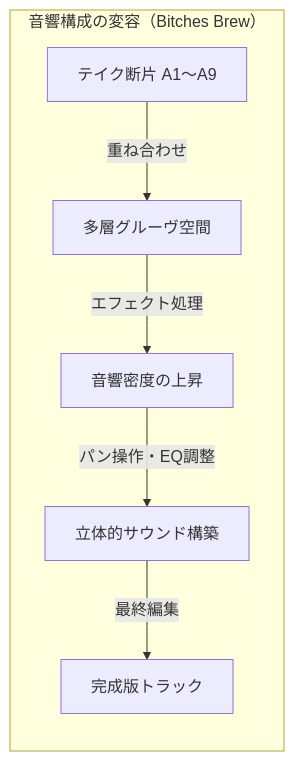
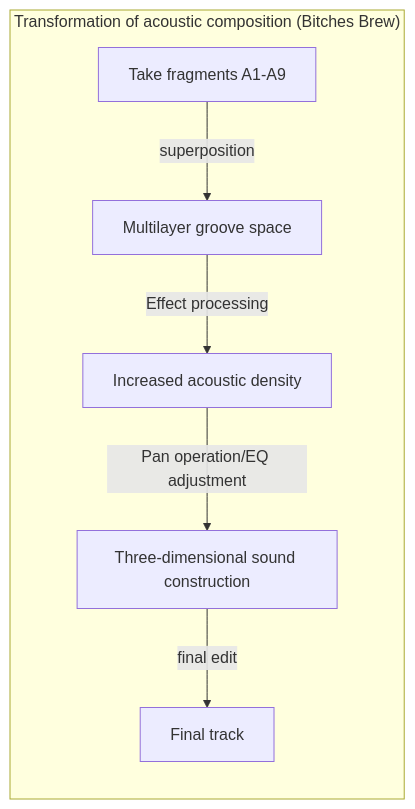
Before and after one commit to monumental-movement/monumental-movement.github.io: the fifth of 12 diagrams in en/_posts/2025-10-28-column-macero-miles.md, drawn with Mermaid. The commit also changed other lines of this file and 152 other files, not shown here.

```diff
--- a/en/_posts/2025-10-28-column-macero-miles.md
+++ b/en/_posts/2025-10-28-column-macero-miles.md
@@ -254,11 +254,11 @@
 <div class="mermaid">
 
 graph LR
-    subgraph Editing_Structure["音響構成の変容（Bitches Brew）"]
-        A["テイク断片 A1〜A9"] -->|重ね合わせ| B["多層グルーヴ空間"]
-        B -->|エフェクト処理| C["音響密度の上昇"]
-        C -->|パン操作・EQ調整| D["立体的サウンド構築"]
-        D -->|最終編集| E["完成版トラック"]
+    subgraph Editing_Structure["Transformation of acoustic composition (Bitches Brew)"]
+        A["Take fragments A1-A9"] -->|superposition| B["Multilayer groove space"]
+        B -->|Effect processing| C["Increased acoustic density"]
+        C -->|Pan operation/EQ adjustment| D["Three-dimensional sound construction"]
+        D -->|final edit| E["Final track"]
     end
 
 </div>
```
